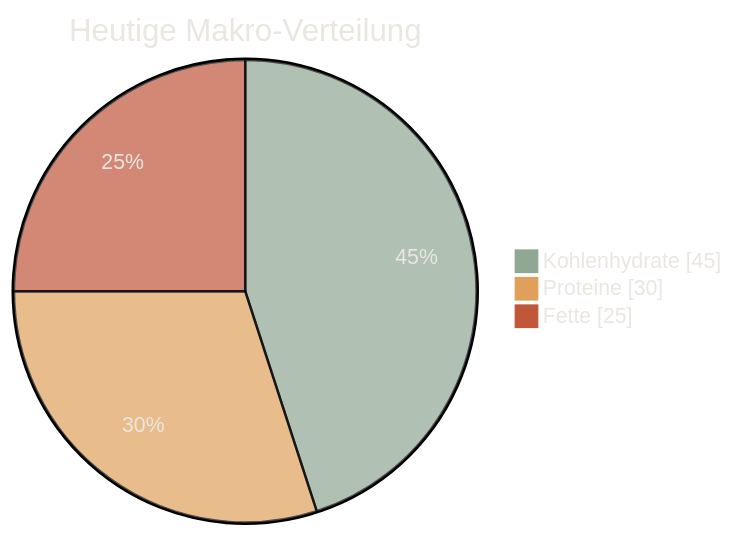
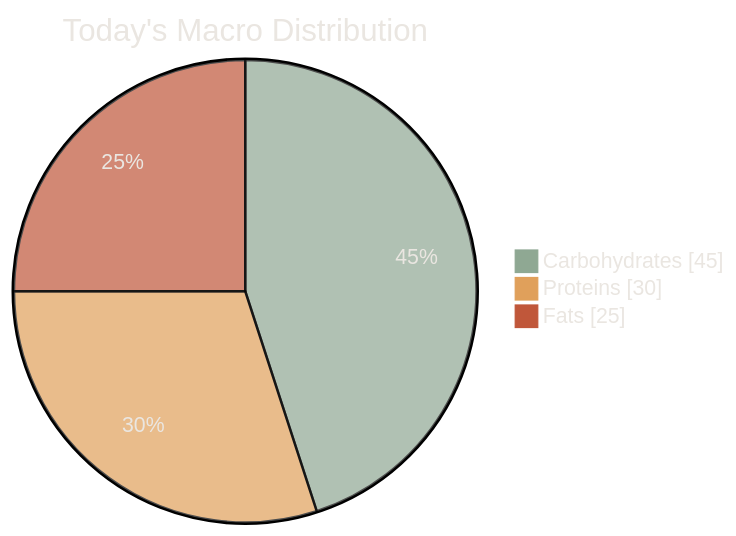
One commit to k4tsuya/final_project_nutrients changed the diagram in README.md. Above: the diagram before and after it, drawn with Mermaid. The commit also changed other lines of this file, not shown here.

````diff
--- a/README.md
+++ b/README.md
@@ -64,20 +65,20 @@
 ```mermaid
 %%{
   init: {
     'theme': 'base',
     'themeVariables': {
       'pie1': '#8FA893',
       'pie2': '#E0A05B',
       'pie3': '#C0573A',
       'pieStroke': '#232625',
       'textColor': '#EAE6E1',
       'fontFamily': 'Poppins'
     }
   }
 }%%
 pie showData
-    title Heutige Makro-Verteilung
-    "Kohlenhydrate" : 45
-    "Proteine" : 30
-    "Fette" : 25
+    title Today's Macro Distribution
+    "Carbohydrates" : 45
+    "Proteins" : 30
+    "Fats" : 25
 ```
````
